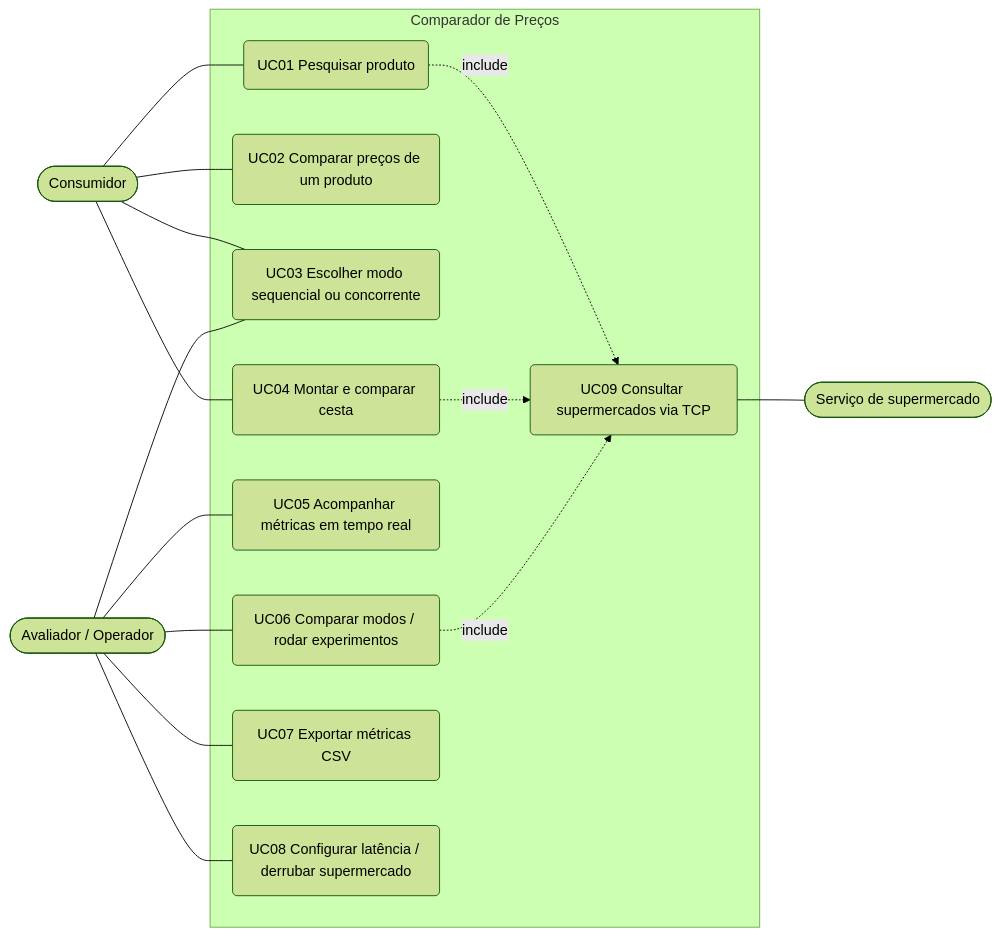
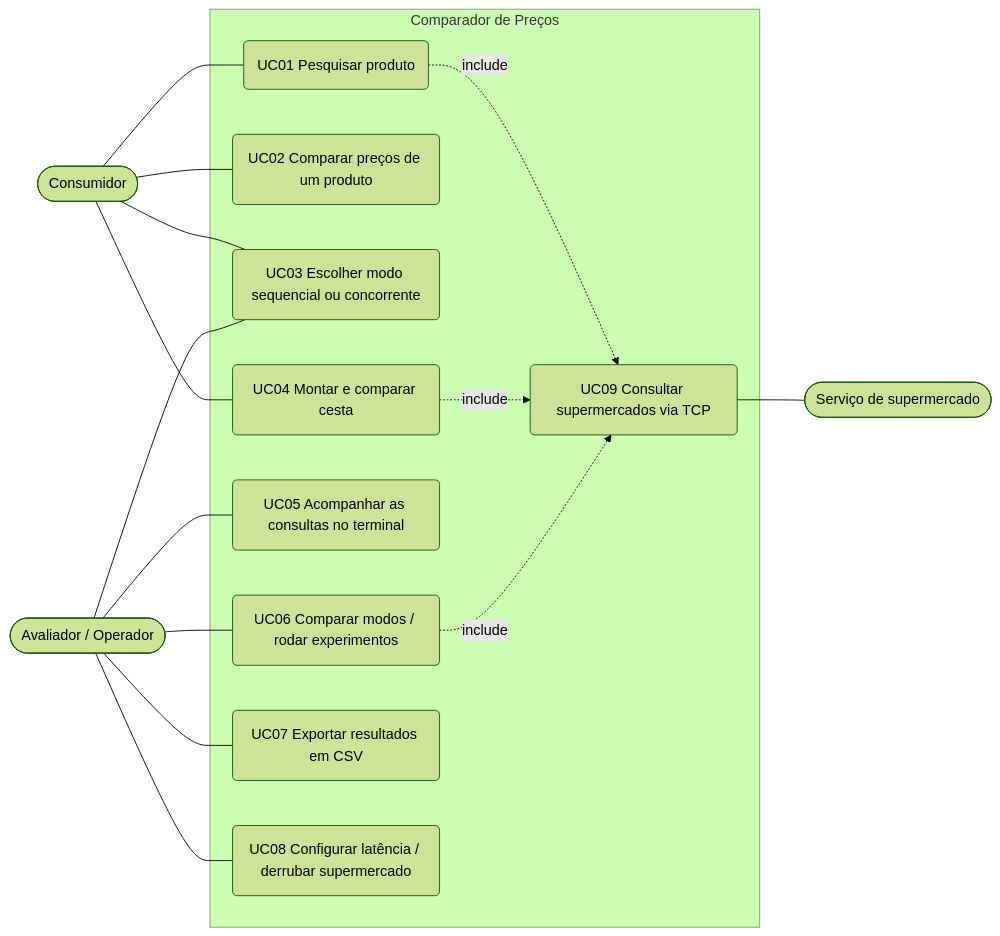
Before and after one commit to coelhomarcus/market-sync: the diagram in docs/requisitos.md, drawn with Mermaid (forest theme). The commit also changed other lines of this file and 176 other files, not shown here.

````diff
--- a/docs/requisitos.md
+++ b/docs/requisitos.md
@@ -109,25 +110,25 @@
 ```mermaid
 flowchart LR
     C([Consumidor])
     A([Avaliador / Operador])
     M([Serviço de supermercado])
 
     subgraph Sistema["Comparador de Preços"]
         UC1(UC01 Pesquisar produto)
         UC2(UC02 Comparar preços de um produto)
         UC3(UC03 Escolher modo sequencial ou concorrente)
         UC4(UC04 Montar e comparar cesta)
-        UC5(UC05 Acompanhar métricas em tempo real)
+        UC5(UC05 Acompanhar as consultas no terminal)
         UC6(UC06 Comparar modos / rodar experimentos)
-        UC7(UC07 Exportar métricas CSV)
+        UC7(UC07 Exportar resultados em CSV)
         UC8(UC08 Configurar latência / derrubar supermercado)
         UC9(UC09 Consultar supermercados via TCP)
     end
 
     C --- UC1 & UC2 & UC3 & UC4
     A --- UC3 & UC5 & UC6 & UC7 & UC8
     UC1 -. include .-> UC9
     UC4 -. include .-> UC9
     UC6 -. include .-> UC9
     UC9 --- M
 ```
````
